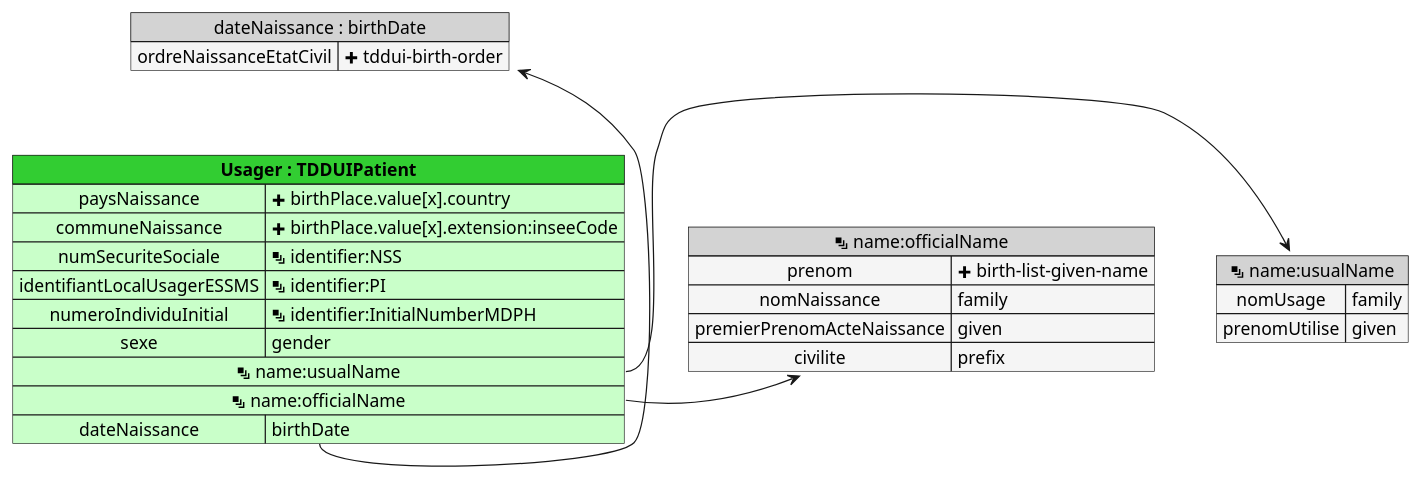
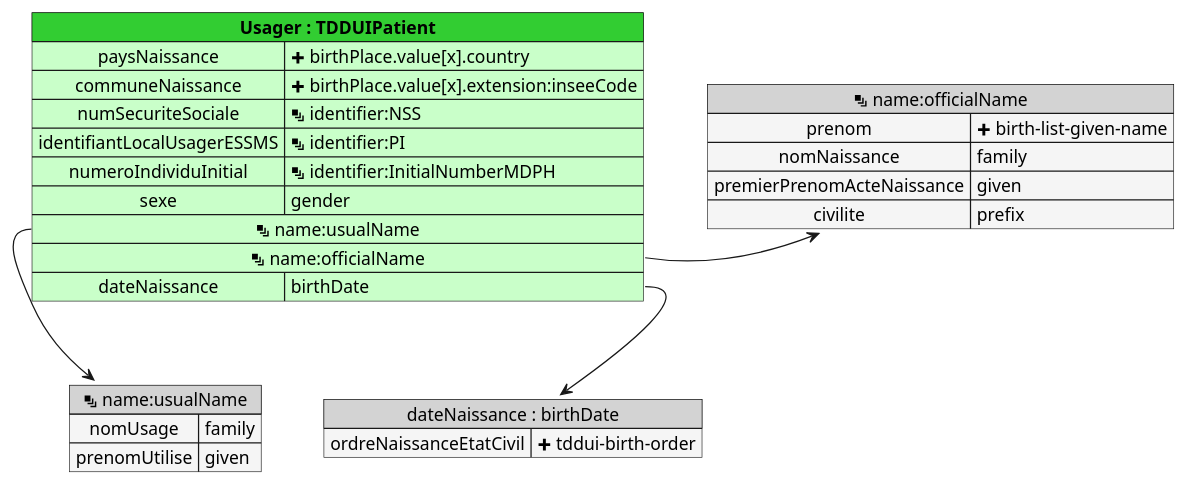
The diagram in input/images-source/mapping_TDDUIPatient.plantuml (ansforge/IG-fhir-medicosocial-transfert-donnees-dui), drawn with PlantUML before and after one commit. The commit also changed 74 other files, not shown here.

```diff
--- a/input/images-source/mapping_TDDUIPatient.plantuml
+++ b/input/images-source/mapping_TDDUIPatient.plantuml
@@ -1,33 +1,33 @@
 @startuml
 
 map "<&layers> name:usualName" as nameusualName #back:WhiteSmoke;header:LightGray {
     nomUsage => family
     prenomUtilise => given
 }
 
 map "<&layers> name:officialName" as nameofficialName #back:WhiteSmoke;header:LightGray {
     prenom => <&plus> birth-list-given-name
     nomNaissance => family
     premierPrenomActeNaissance => given
     civilite => prefix
 }
 
 map "dateNaissance : birthDate" as dateNaissance #back:WhiteSmoke;header:LightGray {
     ordreNaissanceEtatCivil => <&plus> tddui-birth-order
 }
 
 map "**Usager : TDDUIPatient**" as Usager #back:TECHNOLOGY;header:LimeGreen {
     paysNaissance => <&plus> birthPlace.value[x].country
     communeNaissance => <&plus> birthPlace.value[x].extension:inseeCode
     numSecuriteSociale => <&layers> identifier:NSS
     identifiantLocalUsagerESSMS => <&layers> identifier:PI
     numeroIndividuInitial => <&layers> identifier:InitialNumberMDPH
     sexe => gender
-    <&layers> name:usualName *-> nameusualName
+    <&layers> name:usualName *--> nameusualName
     <&layers> name:officialName *-> nameofficialName
     dateNaissance => birthDate
 }
 
-Usager::dateNaissance -u-> dateNaissance
+Usager::dateNaissance --> dateNaissance
 
 @enduml
```
